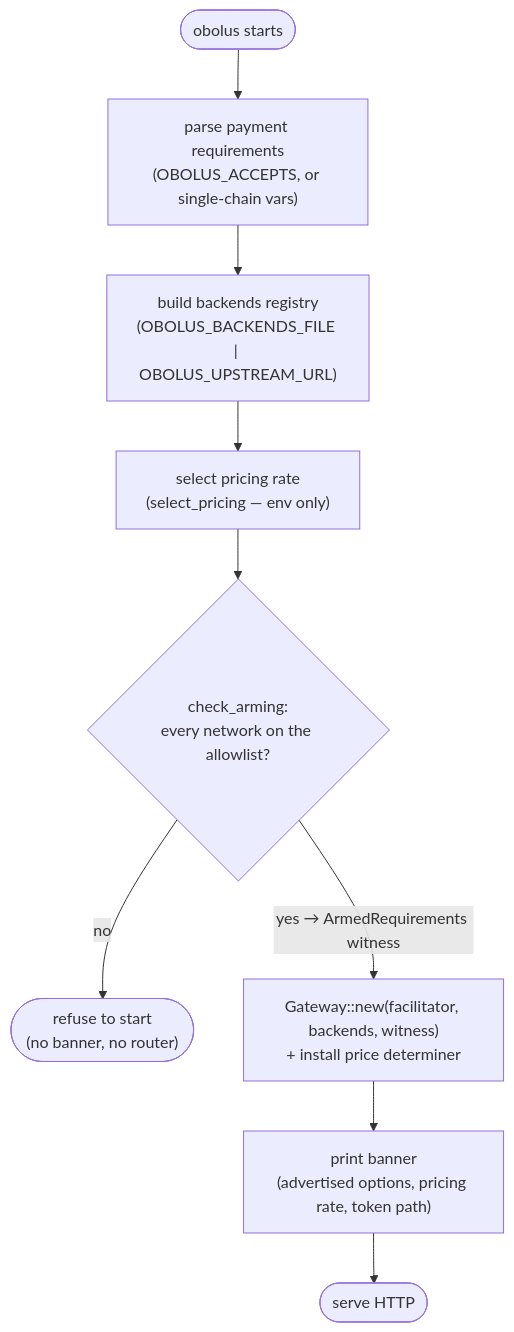
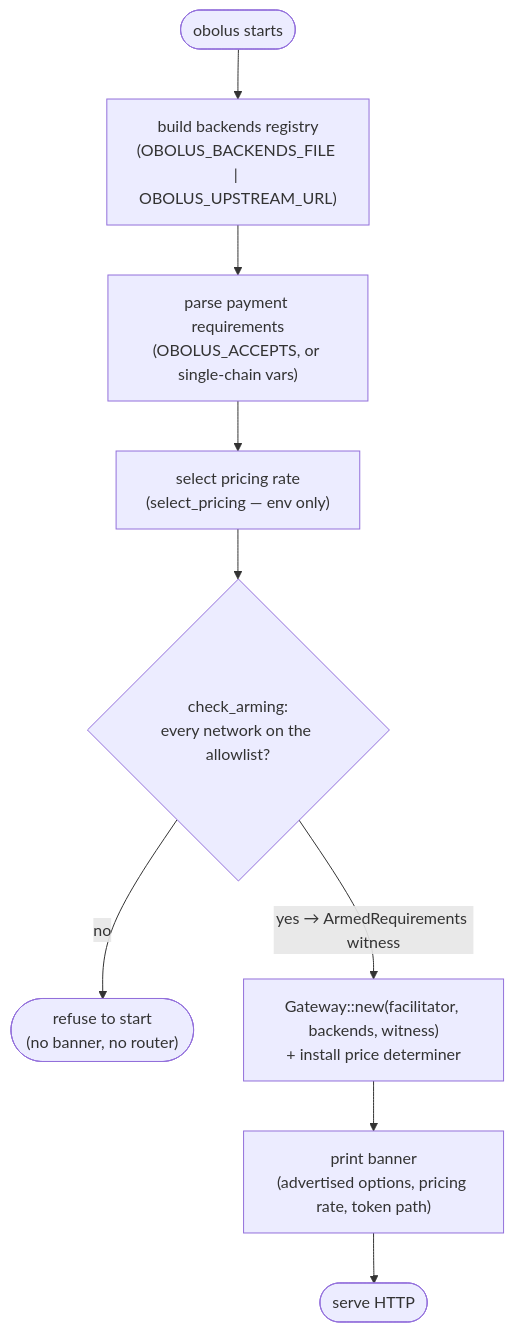
Before and after one commit to geekinasuit/obolus: the third of 5 diagrams in docs/architecture.md, drawn with Mermaid. The commit also changed other lines of this file and 1 other file, not shown here.

````diff
--- a/docs/architecture.md
+++ b/docs/architecture.md
@@ -177,11 +178,11 @@
 ```mermaid
 flowchart TB
-  start(["obolus starts"]) --> reqs["parse payment requirements<br/>(OBOLUS_ACCEPTS, or single-chain vars)"]
-  reqs --> be["build backends registry<br/>(OBOLUS_BACKENDS_FILE | OBOLUS_UPSTREAM_URL)"]
-  be --> price["select pricing rate<br/>(select_pricing — env only)"]
+  start(["obolus starts"]) --> be["build backends registry<br/>(OBOLUS_BACKENDS_FILE | OBOLUS_UPSTREAM_URL)"]
+  be --> reqs["parse payment requirements<br/>(OBOLUS_ACCEPTS, or single-chain vars)"]
+  reqs --> price["select pricing rate<br/>(select_pricing — env only)"]
   price --> arm{"check_arming:<br/>every network on the allowlist?"}
   arm -->|"no"| refuse(["refuse to start<br/>(no banner, no router)"])
   arm -->|"yes → ArmedRequirements witness"| gw["Gateway::new(facilitator, backends, witness)<br/>+ install price determiner"]
   gw --> banner["print banner<br/>(advertised options, pricing rate, token path)"]
   banner --> serve(["serve HTTP"])
 ```
````
